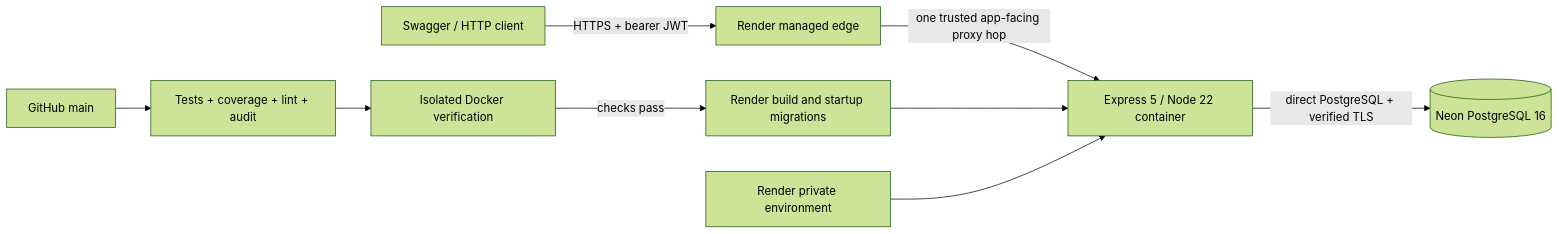
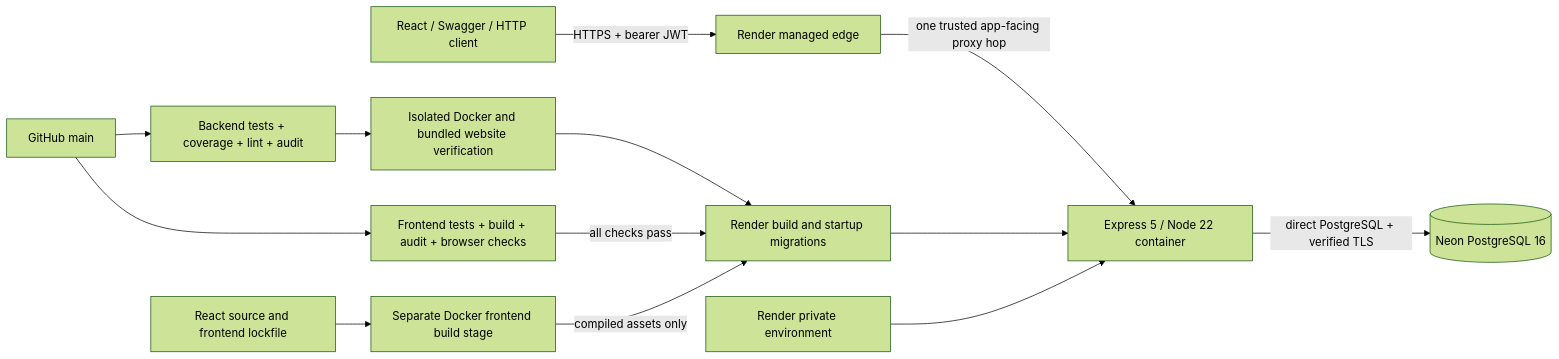
Before and after one commit to Blazene/mini-bank: the first of 4 diagrams in docs/architecture.md, drawn with Mermaid (forest theme). The commit also changed other lines of this file and 54 other files, not shown here.

Commit message:
feat: add customer banking frontend and bundle it into Render deployment

````diff
--- a/docs/architecture.md
+++ b/docs/architecture.md
@@ -9,11 +9,15 @@
 ```mermaid
 flowchart LR
-  Client[Swagger / HTTP client] -->|HTTPS + bearer JWT| Edge[Render managed edge]
+  Client[React / Swagger / HTTP client] -->|HTTPS + bearer JWT| Edge[Render managed edge]
   Edge -->|one trusted app-facing proxy hop| API[Express 5 / Node 22 container]
   API -->|direct PostgreSQL + verified TLS| DB[(Neon PostgreSQL 16)]
-  Git[GitHub main] --> CI[Tests + coverage + lint + audit]
-  CI --> Docker[Isolated Docker verification]
-  Docker -->|checks pass| Build[Render build and startup migrations]
+  Git[GitHub main] --> CI[Backend tests + coverage + lint + audit]
+  Git --> WebCI[Frontend tests + build + audit + browser checks]
+  CI --> Docker[Isolated Docker and bundled website verification]
+  Docker --> Build[Render build and startup migrations]
+  WebCI -->|all checks pass| Build
+  Web[React source and frontend lockfile] --> Assets[Separate Docker frontend build stage]
+  Assets -->|compiled assets only| Build
   Build --> API
   Secrets[Render private environment] --> API
 ```
````
